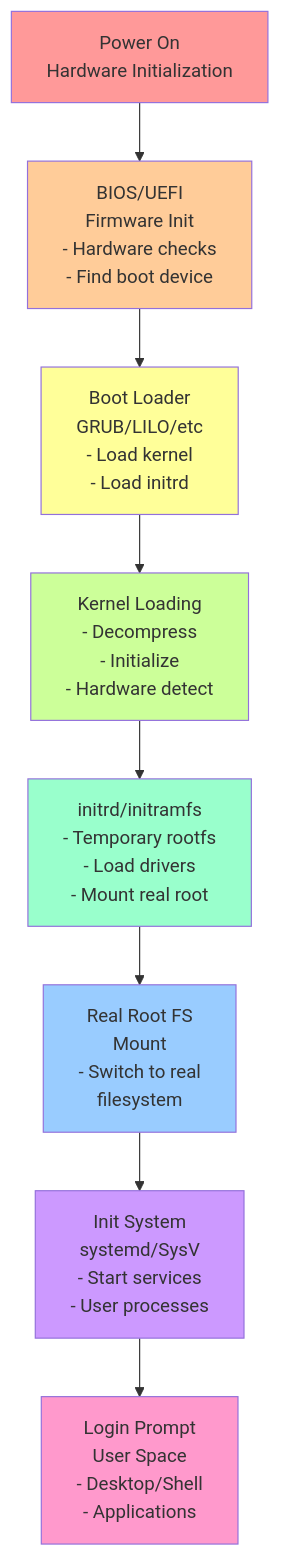
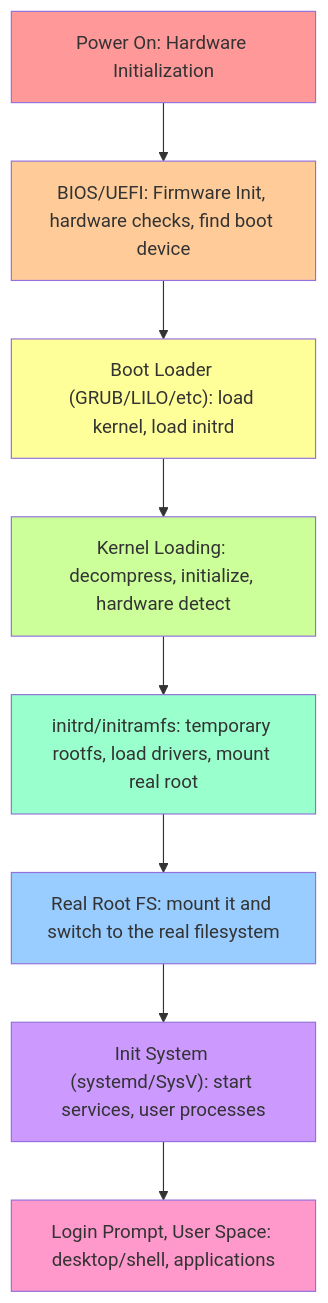
Before and after one commit to sharifndlovu123/knowledge_base_map: the diagram in Collection/01. Linux/05. Boot Process.md, drawn with Mermaid.

Commit message:
Fix Boot Process diagram labels
Material drops <br/> in diagram source, so rewrite each node as a short
title plus key points on one wrapped line.

Claude-Session: https://claude.ai/code/session_01HRm1Sa7Zz8vir5Y9rqv5NQ

````diff
--- a/Collection/01. Linux/05. Boot Process.md
+++ b/Collection/01. Linux/05. Boot Process.md
@@ -3,19 +3,19 @@
 ```mermaid
 flowchart TD
-   A[Power On<br/>Hardware Initialization] --> B[BIOS/UEFI<br/>Firmware Init<br/>- Hardware checks<br/>- Find boot device]
-   B --> C[Boot Loader<br/>GRUB/LILO/etc<br/>- Load kernel<br/>- Load initrd]
-   C --> D[Kernel Loading<br/>- Decompress<br/>- Initialize<br/>- Hardware detect]
-   D --> E[initrd/initramfs<br/>- Temporary rootfs<br/>- Load drivers<br/>- Mount real root]
-   E --> F[Real Root FS<br/>Mount<br/>- Switch to real<br/>filesystem]
-   F --> G[Init System<br/>systemd/SysV<br/>- Start services<br/>- User processes]
-   G --> H[Login Prompt<br/>User Space<br/>- Desktop/Shell<br/>- Applications]
+   A["Power On: Hardware Initialization"] --> B["BIOS/UEFI: Firmware Init, hardware checks, find boot device"]
+   B --> C["Boot Loader (GRUB/LILO/etc): load kernel, load initrd"]
+   C --> D["Kernel Loading: decompress, initialize, hardware detect"]
+   D --> E["initrd/initramfs: temporary rootfs, load drivers, mount real root"]
+   E --> F["Real Root FS: mount it and switch to the real filesystem"]
+   F --> G["Init System (systemd/SysV): start services, user processes"]
+   G --> H["Login Prompt, User Space: desktop/shell, applications"]
 
    style A fill:#ff9999
    style B fill:#ffcc99
    style C fill:#ffff99
    style D fill:#ccff99
    style E fill:#99ffcc
    style F fill:#99ccff
    style G fill:#cc99ff
    style H fill:#ff99cc
 ```
````
